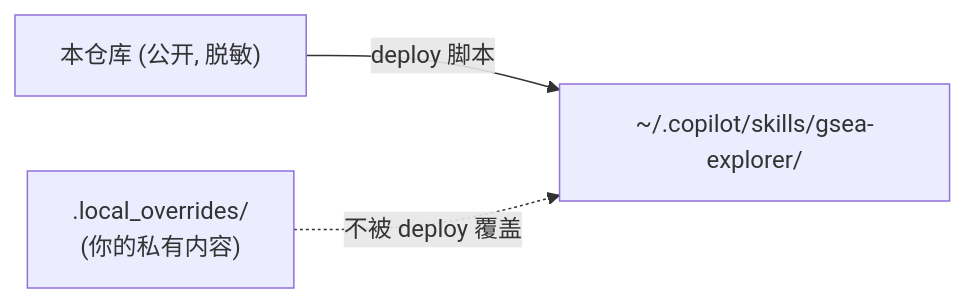
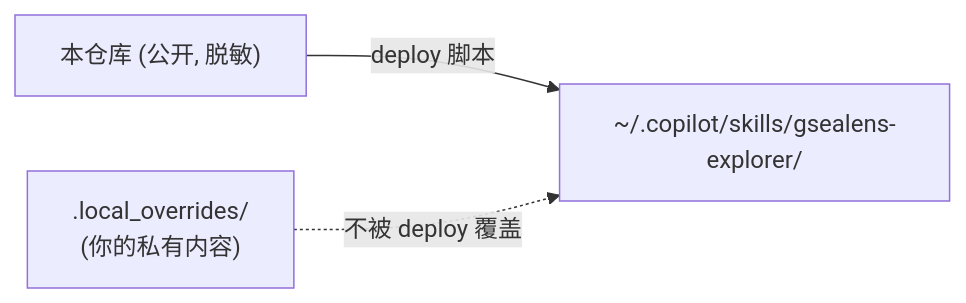
The fourth of 4 diagrams in README.md (DDL095/gsea-explorer), drawn with Mermaid before and after one commit. The commit also changed other lines of this file and 25 other files, not shown here.

First line of the commit message:
refactor!: rename project gsea-explorer -> gsealens-explorer

````diff
--- a/README.md
+++ b/README.md
@@ -178,5 +178,5 @@
 ```mermaid
 flowchart LR
-    Repo["本仓库 (公开, 脱敏)"] -->|deploy 脚本| Local["~/.copilot/skills/gsea-explorer/"]
+    Repo["本仓库 (公开, 脱敏)"] -->|deploy 脚本| Local["~/.copilot/skills/gsealens-explorer/"]
     Override[".local_overrides/<br/>(你的私有内容)"] -.不被 deploy 覆盖.-> Local
 ```
````
